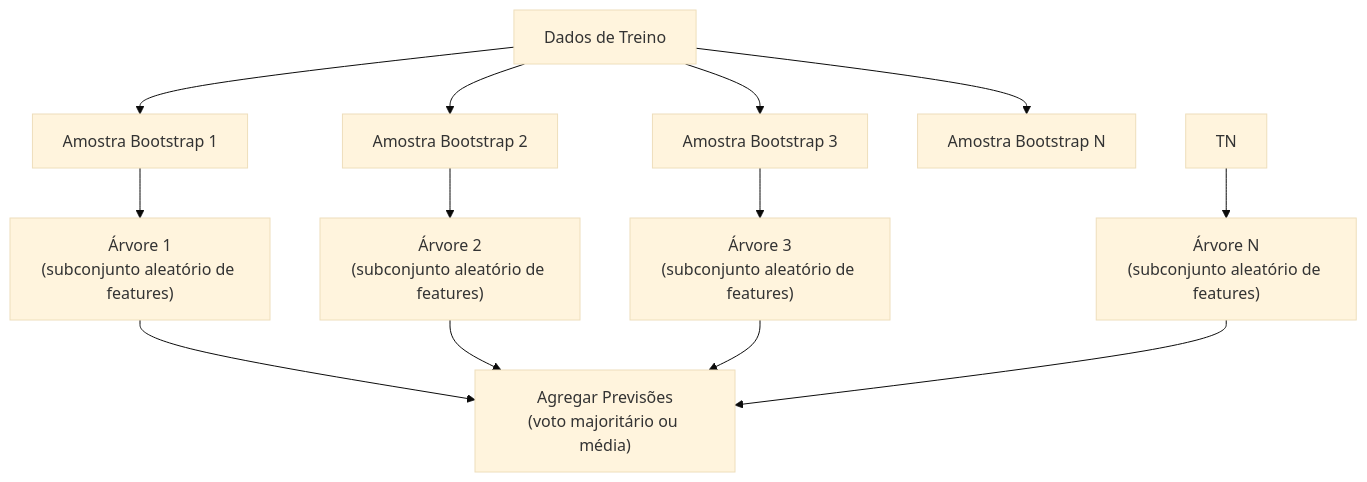
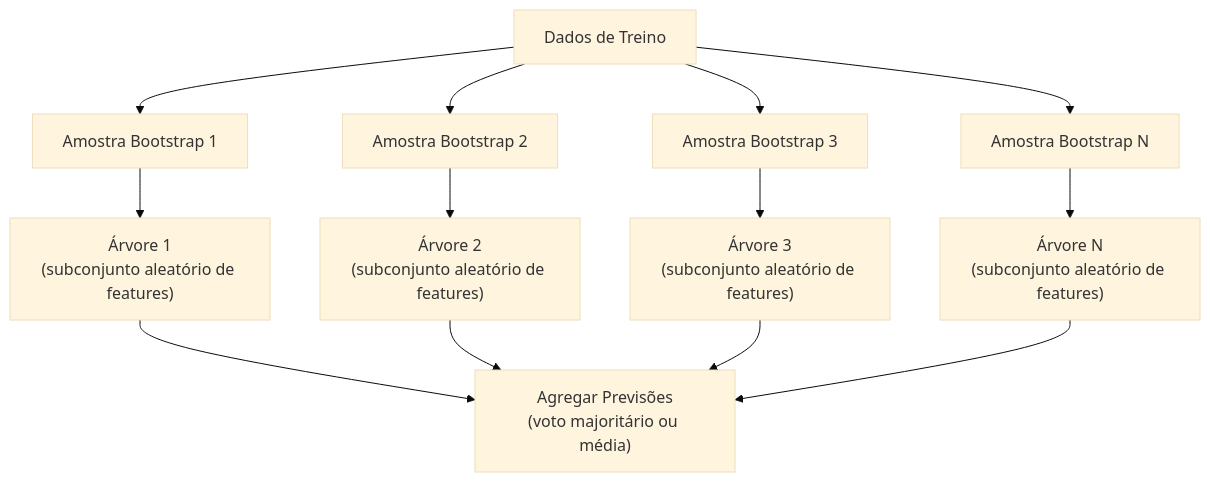
The second of 2 diagrams in phases/02-ml-fundamentals/04-decision-trees/docs/pt-br.md (K3lvin-dev/ai-engineering-from-scratch), drawn with Mermaid (base theme) before and after one commit. The commit also changed other lines of this file and 17 other files, not shown here.

````diff
--- a/phases/02-ml-fundamentals/04-decision-trees/docs/pt-br.md
+++ b/phases/02-ml-fundamentals/04-decision-trees/docs/pt-br.md
@@ -55,15 +138,15 @@
 ```mermaid
 graph TD
     D["Dados de Treino"] --> B1["Amostra Bootstrap 1"]
     D --> B2["Amostra Bootstrap 2"]
     D --> B3["Amostra Bootstrap 3"]
     D --> BN["Amostra Bootstrap N"]
     B1 --> T1["Árvore 1<br>(subconjunto aleatório de features)"]
     B2 --> T2["Árvore 2<br>(subconjunto aleatório de features)"]
     B3 --> T3["Árvore 3<br>(subconjunto aleatório de features)"]
-    TN --> TN2["Árvore N<br>(subconjunto aleatório de features)"]
+    BN --> TN["Árvore N<br>(subconjunto aleatório de features)"]
     T1 --> V["Agregar Previsões<br>(voto majoritário ou média)"]
     T2 --> V
     T3 --> V
-    TN2 --> V
+    TN --> V
 ```
````
